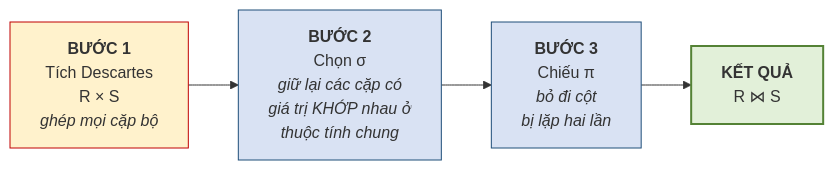
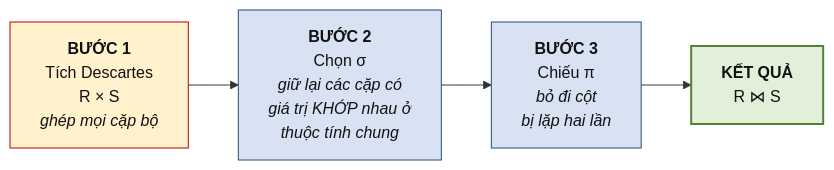
One commit to CuongNguyenDAU/csdl-dbs201 changed the first of 3 diagrams in docs/chuong-3/3-7-phep-ket-va-phep-chia.md. Above: the diagram before and after it, drawn with Mermaid. The commit also changed other lines of this file and 123 other files, not shown here.

Commit message:
Cập nhật bài giảng v7: sơ đồ ER ký pháp Chen, hình minh họa tự vẽ, mở rộng toàn diện Chương 5 và bổ sung lời giải A4, B5

````diff
--- a/docs/chuong-3/3-7-phep-ket-va-phep-chia.md
+++ b/docs/chuong-3/3-7-phep-ket-va-phep-chia.md
@@ -17,11 +17,11 @@
 ```mermaid
 flowchart LR
     B1["<b>BƯỚC 1</b><br/>Tích Descartes<br/>R × S<br/><i>ghép mọi cặp bộ</i>"]
     B2["<b>BƯỚC 2</b><br/>Chọn σ<br/><i>giữ lại các cặp có<br/>giá trị KHỚP nhau ở<br/>thuộc tính chung</i>"]
     B3["<b>BƯỚC 3</b><br/>Chiếu π<br/><i>bỏ đi cột<br/>bị lặp hai lần</i>"]
     B1 --> B2 --> B3 --> KQ["<b>KẾT QUẢ</b><br/>R ⋈ S"]
-    style B1 fill:#FFF2CC,stroke:#C00000
-    style B2 fill:#D9E2F3,stroke:#1F4E79
-    style B3 fill:#D9E2F3,stroke:#1F4E79
-    style KQ fill:#E2F0D9,stroke:#548235,stroke-width:2px
+    style B1 fill:#FFF2CC,stroke:#C00000,color:#111111
+    style B2 fill:#D9E2F3,stroke:#1F4E79,color:#111111
+    style B3 fill:#D9E2F3,stroke:#1F4E79,color:#111111
+    style KQ fill:#E2F0D9,stroke:#548235,stroke-width:2px,color:#111111
 ```
````
